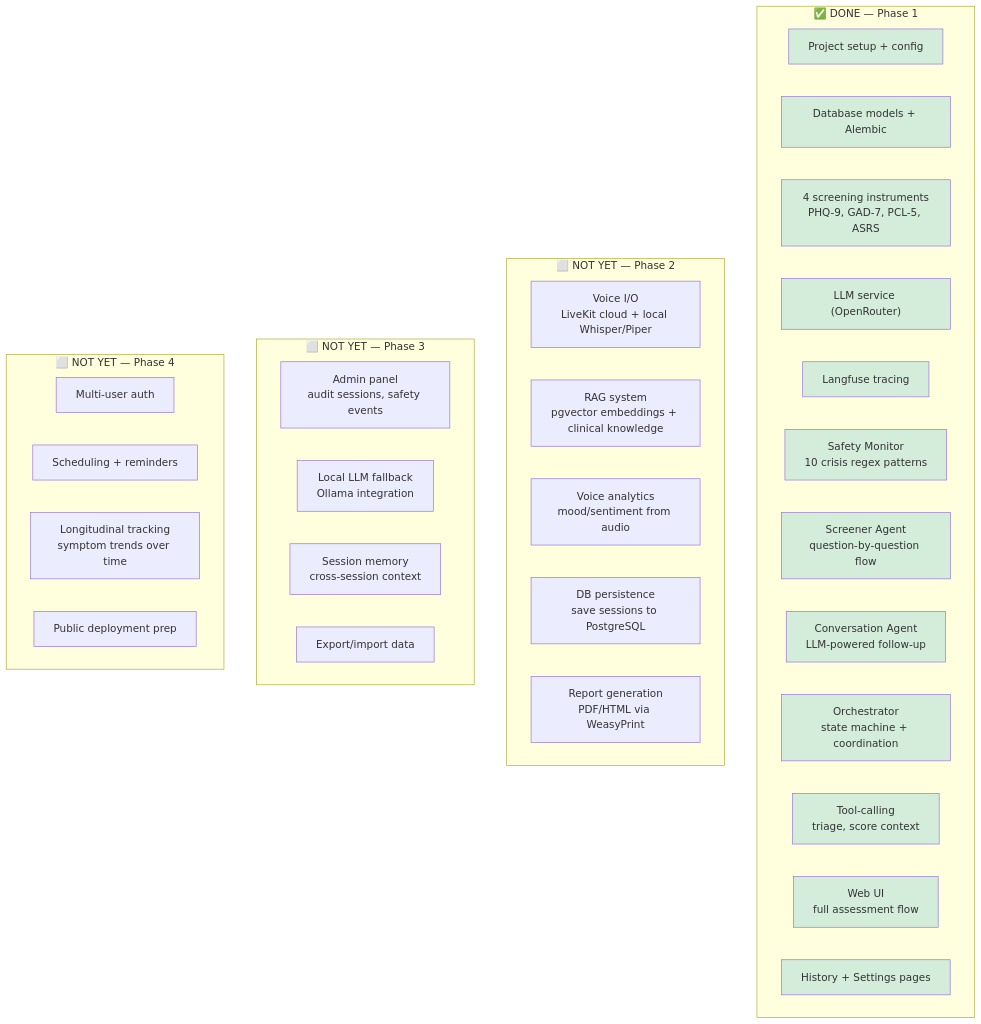
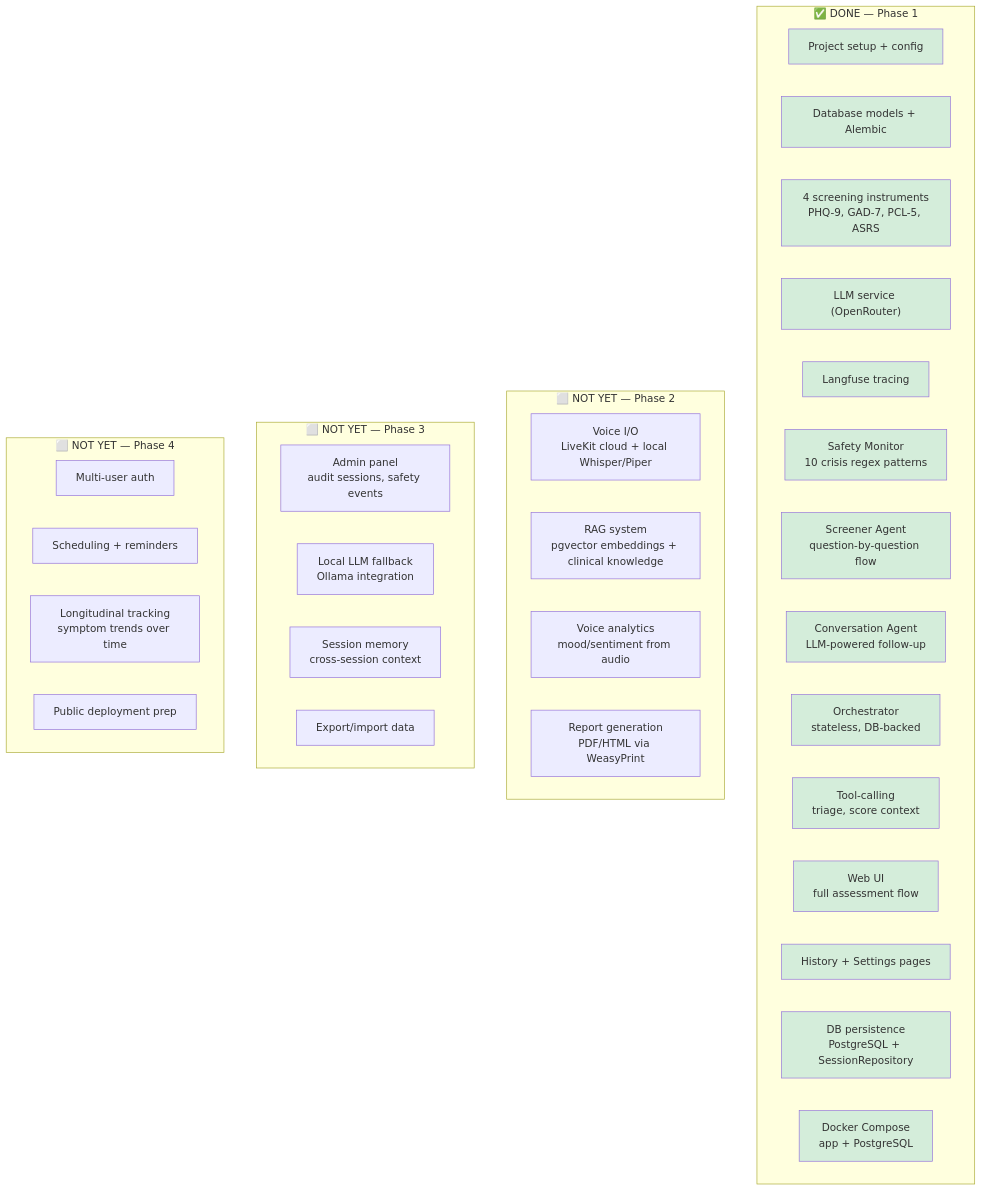
The sixth of 11 diagrams in docs/architecture.md (bodharma/talker), drawn with Mermaid before and after one commit. The commit also changed other lines of this file and 4 other files, not shown here.

First line of the commit message:
feat: add Dockerfile, update architecture docs for DB persistence

````diff
--- a/docs/architecture.md
+++ b/docs/architecture.md
@@ -230,52 +230,55 @@
 ```mermaid
 graph TB
     subgraph "✅ DONE — Phase 1"
         P1_1["Project setup + config"]
         P1_2["Database models + Alembic"]
         P1_3["4 screening instruments<br/>PHQ-9, GAD-7, PCL-5, ASRS"]
         P1_4["LLM service (OpenRouter)"]
         P1_5["Langfuse tracing"]
         P1_6["Safety Monitor<br/>10 crisis regex patterns"]
         P1_7["Screener Agent<br/>question-by-question flow"]
         P1_8["Conversation Agent<br/>LLM-powered follow-up"]
-        P1_9["Orchestrator<br/>state machine + coordination"]
+        P1_9["Orchestrator<br/>stateless, DB-backed"]
         P1_10["Tool-calling<br/>triage, score context"]
         P1_11["Web UI<br/>full assessment flow"]
         P1_12["History + Settings pages"]
+        P1_13["DB persistence<br/>PostgreSQL + SessionRepository"]
+        P1_14["Docker Compose<br/>app + PostgreSQL"]
     end
 
     subgraph "⬜ NOT YET — Phase 2"
         P2_1["Voice I/O<br/>LiveKit cloud + local Whisper/Piper"]
         P2_2["RAG system<br/>pgvector embeddings + clinical knowledge"]
         P2_3["Voice analytics<br/>mood/sentiment from audio"]
-        P2_4["DB persistence<br/>save sessions to PostgreSQL"]
         P2_5["Report generation<br/>PDF/HTML via WeasyPrint"]
     end
 
     subgraph "⬜ NOT YET — Phase 3"
         P3_1["Admin panel<br/>audit sessions, safety events"]
         P3_2["Local LLM fallback<br/>Ollama integration"]
         P3_3["Session memory<br/>cross-session context"]
         P3_4["Export/import data"]
     end
 
     subgraph "⬜ NOT YET — Phase 4"
         P4_1["Multi-user auth"]
         P4_2["Scheduling + reminders"]
         P4_3["Longitudinal tracking<br/>symptom trends over time"]
         P4_4["Public deployment prep"]
     end
 
     style P1_1 fill:#d4edda
     style P1_2 fill:#d4edda
     style P1_3 fill:#d4edda
     style P1_4 fill:#d4edda
     style P1_5 fill:#d4edda
     style P1_6 fill:#d4edda
     style P1_7 fill:#d4edda
     style P1_8 fill:#d4edda
     style P1_9 fill:#d4edda
     style P1_10 fill:#d4edda
     style P1_11 fill:#d4edda
     style P1_12 fill:#d4edda
+    style P1_13 fill:#d4edda
+    style P1_14 fill:#d4edda
 ```
````
